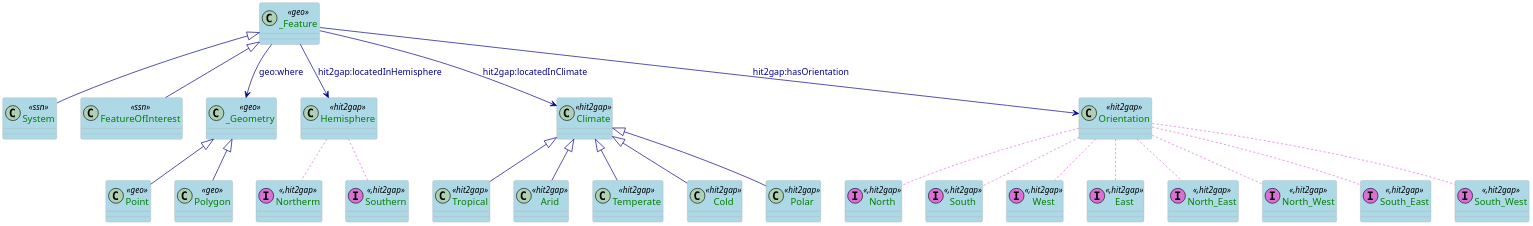
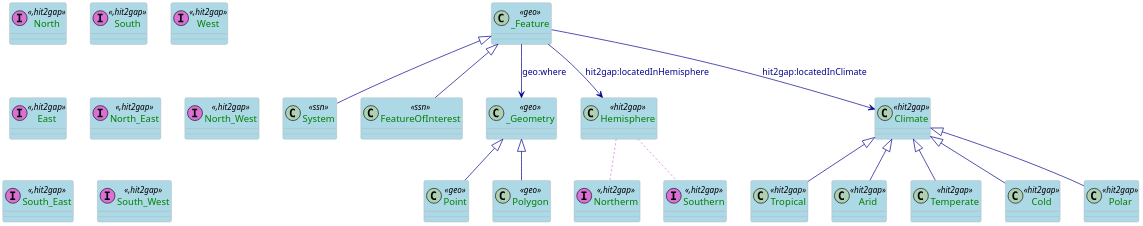
The diagram in docs/plantuml/geo.puml (HIT2GAP-EU-PROJECT/BEMOnt), drawn with PlantUML before and after one commit.

```diff
--- a/docs/plantuml/geo.puml
+++ b/docs/plantuml/geo.puml
@@ -1,81 +1,69 @@
 @startuml
 scale 0.7
 
 skinparam class {
   ArrowColor DarkBlue
   ArrowFontColor DarkBlue
   BackgroundColor LightBlue
   BorderColor DarkGrey
 }
 skinparam dpi 300
 skinparam stereotypeCBackgroundColor Wheat
 skinparam classAttributeFontColor  Green
 
 /'
  Definition of the classes referring the SSN-core part
 '/
 class System <<ssn>>
 class FeatureOfInterest <<ssn>>
 
 /'
   Definition of the Geo-core part
 '/
 class _Feature <<geo>>
 class _Geometry <<geo>>
 class Point <<geo>>
 class Polygon <<geo>>
 class Hemisphere <<hit2gap>>
 class Climate <<hit2gap>>
 class Northerm <<(I,orchid),hit2gap>>
 class Southern <<(I,orchid),hit2gap>>
 class Tropical <<hit2gap>>
 class Arid <<hit2gap>>
 class Temperate <<hit2gap>>
 class Cold <<hit2gap>>
 class Polar <<hit2gap>>
-class Orientation <<hit2gap>>
 
 class North <<(I,orchid),hit2gap>>
 class South <<(I,orchid),hit2gap>>
 class West <<(I,orchid),hit2gap>>
 class East <<(I,orchid),hit2gap>>
 class North_East <<(I,orchid),hit2gap>>
 class North_West <<(I,orchid),hit2gap>>
 class South_East <<(I,orchid),hit2gap>>
 class South_West <<(I,orchid),hit2gap>>
 
 /'
   Definition of the geospatial part using GeoOWL ontology
 '/
 
 _Feature --> _Geometry: geo:where
 _Geometry <|-- Point
 _Geometry <|-- Polygon
 
 _Feature <|-- FeatureOfInterest
 _Feature <|-- System
 
 _Feature --> Hemisphere: hit2gap:locatedInHemisphere
 _Feature --> Climate: hit2gap:locatedInClimate
 
-_Feature --> Orientation: hit2gap:hasOrientation
-
-Orientation..[#orchid] North
-Orientation..[#orchid] South
-Orientation..[#orchid] West
-Orientation..[#orchid] East
-Orientation..[#orchid] North_East
-Orientation..[#orchid] North_West
-Orientation..[#orchid] South_East
-Orientation..[#orchid] South_West
-
 Hemisphere ..[#orchid] Northerm
 Hemisphere ..[#orchid] Southern
 
 Climate <|-- Tropical
 Climate <|-- Arid
 Climate <|-- Temperate
 Climate <|-- Cold
 Climate <|-- Polar
 
 @enduml
```
